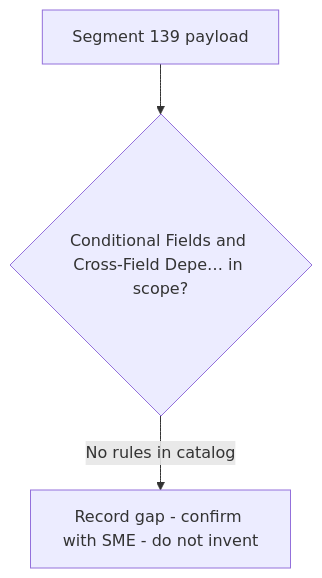
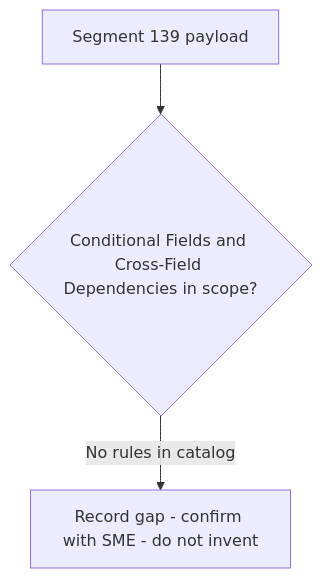
One commit to DhanSingh-hub/core-auth-ai-validation-framework changed the diagram in regression-artifact-validator/specifications/ATL105/docs/specs/kb/segment-139/conditional-dependency-rules-flow.md. Above: the diagram before and after it, drawn with Mermaid. The commit also changed 150 other files, not shown here.

````diff
--- a/regression-artifact-validator/specifications/ATL105/docs/specs/kb/segment-139/conditional-dependency-rules-flow.md
+++ b/regression-artifact-validator/specifications/ATL105/docs/specs/kb/segment-139/conditional-dependency-rules-flow.md
@@ -3,5 +3,5 @@
 ```mermaid
 flowchart TD
-    A[Segment 139 payload] --> B{Conditional Fields and Cross-Field Depe… in scope?}
+    A[Segment 139 payload] --> B{Conditional Fields and Cross-Field Dependencies in scope?}
     B -->|No rules in catalog| G[Record gap - confirm with SME - do not invent]
 ```
````
